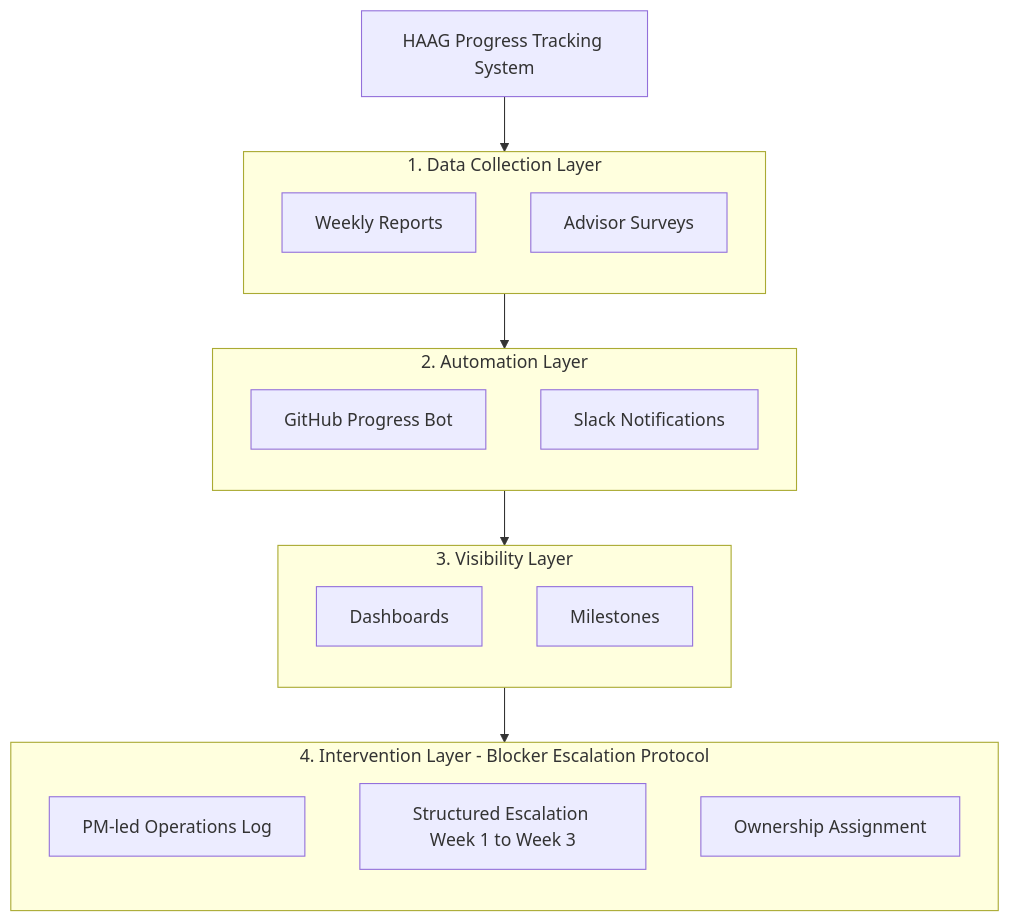
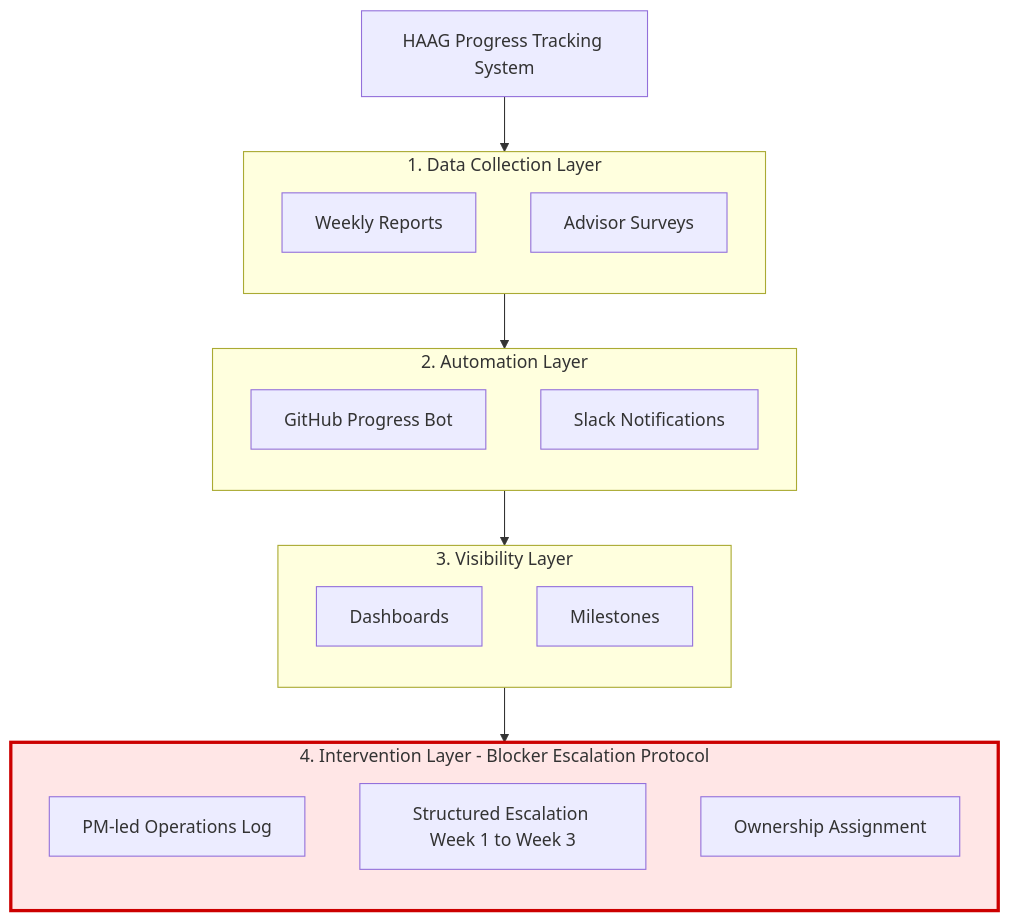
Before and after one commit to Human-Augment-Analytics/admin-project-tracking: the first of 2 diagrams in future_work_and_initiatives/blocker_escalation_protocol_initiative/Structured_Blocker_Escalation_Procedure_HAAG.md, drawn with Mermaid.

Commit message:
fixed styling

````diff
--- a/future_work_and_initiatives/blocker_escalation_protocol_initiative/Structured_Blocker_Escalation_Procedure_HAAG.md
+++ b/future_work_and_initiatives/blocker_escalation_protocol_initiative/Structured_Blocker_Escalation_Procedure_HAAG.md
@@ -42,33 +42,37 @@
 ```mermaid
+
 flowchart TB
 
 A[HAAG Progress Tracking System]
 
 subgraph L1[1. Data Collection Layer]
 direction TB
 L1a[Weekly Reports]
 L1b[Advisor Surveys]
 end
 
 subgraph L2[2. Automation Layer]
 direction TB
 L2a[GitHub Progress Bot]
 L2b[Slack Notifications]
 end
 
 subgraph L3[3. Visibility Layer]
 direction TB
 L3a[Dashboards]
 L3b[Milestones]
 end
 
 subgraph L4[4. Intervention Layer - Blocker Escalation Protocol]
 direction TB
 L4a[PM-led Operations Log]
 L4b[Structured Escalation Week 1 to Week 3]
 L4c[Ownership Assignment]
 end
 
 A --> L1 --> L2 --> L3 --> L4
 
+%% Highlight Intervention Layer
+style L4 fill:#ffe6e6,stroke:#cc0000,stroke-width:3px
+
 ```
````
